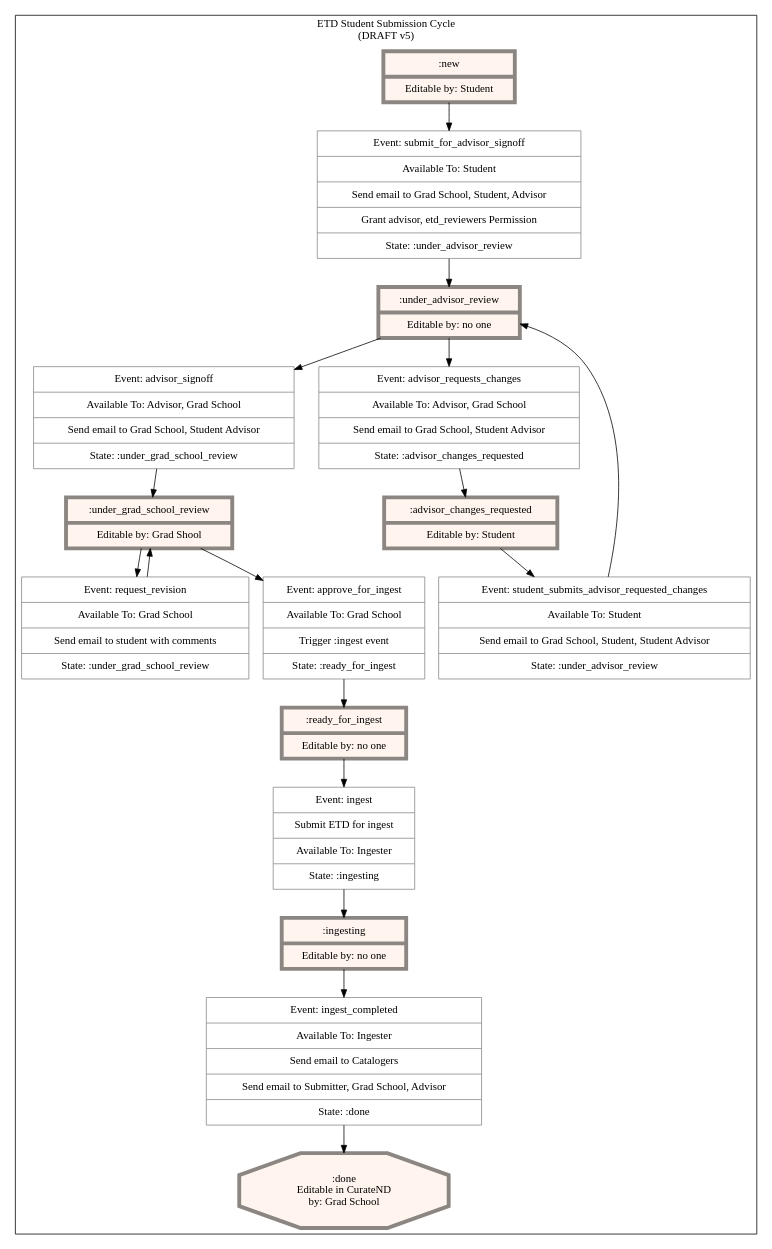
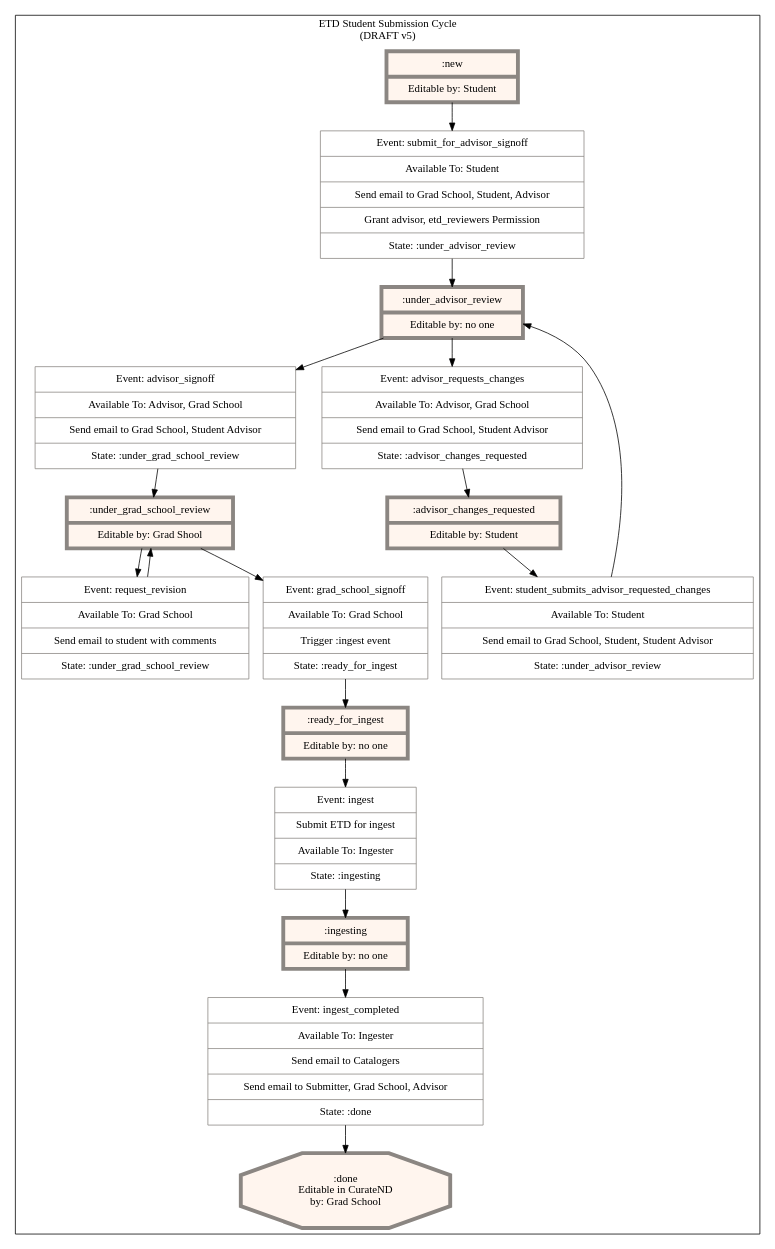
The diagram in artifacts/etd-submission-state-machine.dot (scholarworks/sipity), drawn with Graphviz before and after one commit. The commit also changed 9 other files, not shown here.

First line of the commit message:
Renaming ApproveForIngest to GradSchoolSignoff

```diff
--- a/artifacts/etd-submission-state-machine.dot
+++ b/artifacts/etd-submission-state-machine.dot
@@ -1,46 +1,46 @@
 digraph "G" {
     compound=true;
     node[color="grey15" margin="0.15, 0.125"];
 
     subgraph cluster_0 {
         label="ETD Student Submission Cycle\n(DRAFT v5)"
         node[style=filled fillcolor=white color="seashell4"]
 
         # States
         subgraph 0 {
             label="States";
             node[shape="record" fillcolor="seashell1" penwidth=5]
             new [label="{ :new | Editable by: Student }"]
             under_advisor_review [label="{ :under_advisor_review | Editable by: no one }"]
             advisor_changes_requested [label="{ :advisor_changes_requested | Editable by: Student }"]
             under_grad_school_review[label="{ :under_grad_school_review | Editable by: Grad Shool }"]
             ready_for_ingest[label="{ :ready_for_ingest | Editable by: no one }"]
             ingesting[label="{ :ingesting | Editable by: no one }"]
             done[shape="octagon" label=":done\nEditable in CurateND\nby: Grad School"]
         }
 
         subgraph 1 {
             label="Events"
             node[shape="record" shape=record penwidth=1]
             submit_for_advisor_signoff[label="{ Event: submit_for_advisor_signoff | Available To: Student | Send email to Grad School, Student, Advisor | Grant advisor, etd_reviewers Permission | State: :under_advisor_review }"]
             advisor_signoff[label="{ Event: advisor_signoff | Available To: Advisor, Grad School |Send email to Grad School, Student Advisor | State: :under_grad_school_review }"]
             advisor_requests_changes[label="{ Event: advisor_requests_changes | Available To: Advisor, Grad School | Send email to Grad School, Student Advisor | State: :advisor_changes_requested }"]
             student_submits_advisor_requested_changes[label="{ Event: student_submits_advisor_requested_changes | Available To: Student | Send email to Grad School, Student, Student Advisor | State: :under_advisor_review }"]
             request_revision[label="{ Event: request_revision | Available To: Grad School | Send email to student with comments | State: :under_grad_school_review }"]
-            approve_for_ingest[label="{ Event: approve_for_ingest | Available To: Grad School | Trigger :ingest event | State: :ready_for_ingest }"]
+            grad_school_signoff[label="{ Event: grad_school_signoff | Available To: Grad School | Trigger :ingest event | State: :ready_for_ingest }"]
             ingest[label="{ Event: ingest | Submit ETD for ingest | Available To: Ingester | State: :ingesting }"]
             ingest_completed[label="{ Event: ingest_completed | Available To: Ingester | Send email to Catalogers | Send email to Submitter, Grad School, Advisor | State: :done }"]
         }
 
         # State -> Event -> State graph
         new -> submit_for_advisor_signoff -> under_advisor_review
         under_advisor_review -> advisor_signoff -> under_grad_school_review
         under_advisor_review -> advisor_requests_changes -> advisor_changes_requested
         advisor_changes_requested -> student_submits_advisor_requested_changes -> under_advisor_review
         under_grad_school_review -> request_revision -> under_grad_school_review
-        under_grad_school_review -> approve_for_ingest -> ready_for_ingest
+        under_grad_school_review -> grad_school_signoff -> ready_for_ingest
         ready_for_ingest -> ingest -> ingesting
         ingesting -> ingest_completed -> done
     }
 
 }
```
